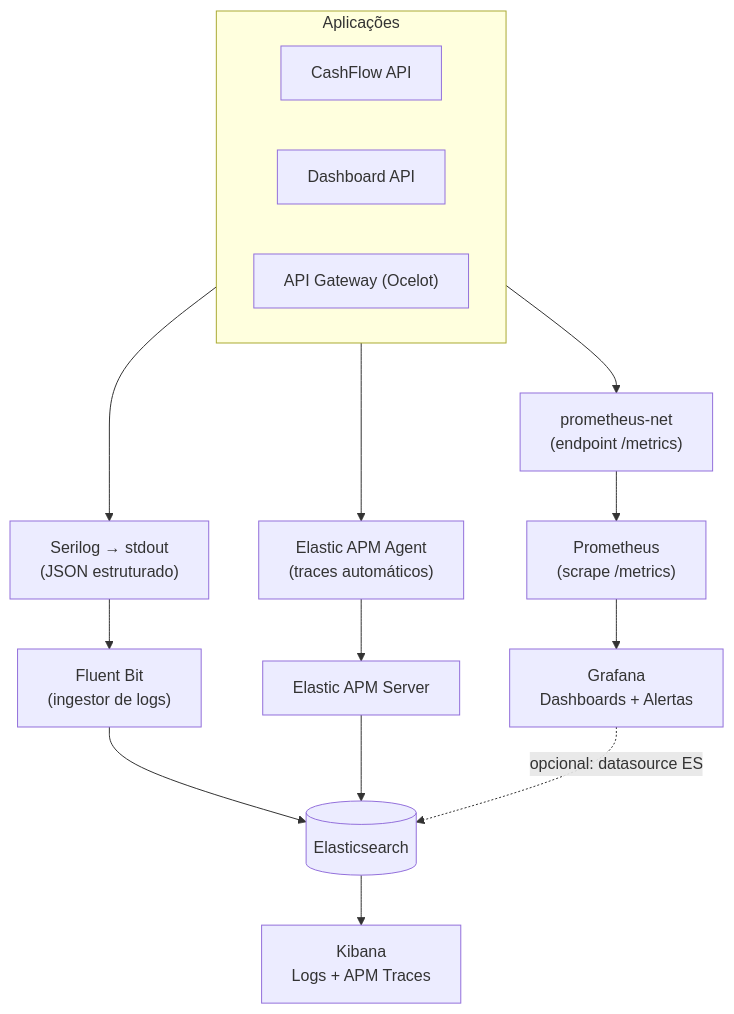
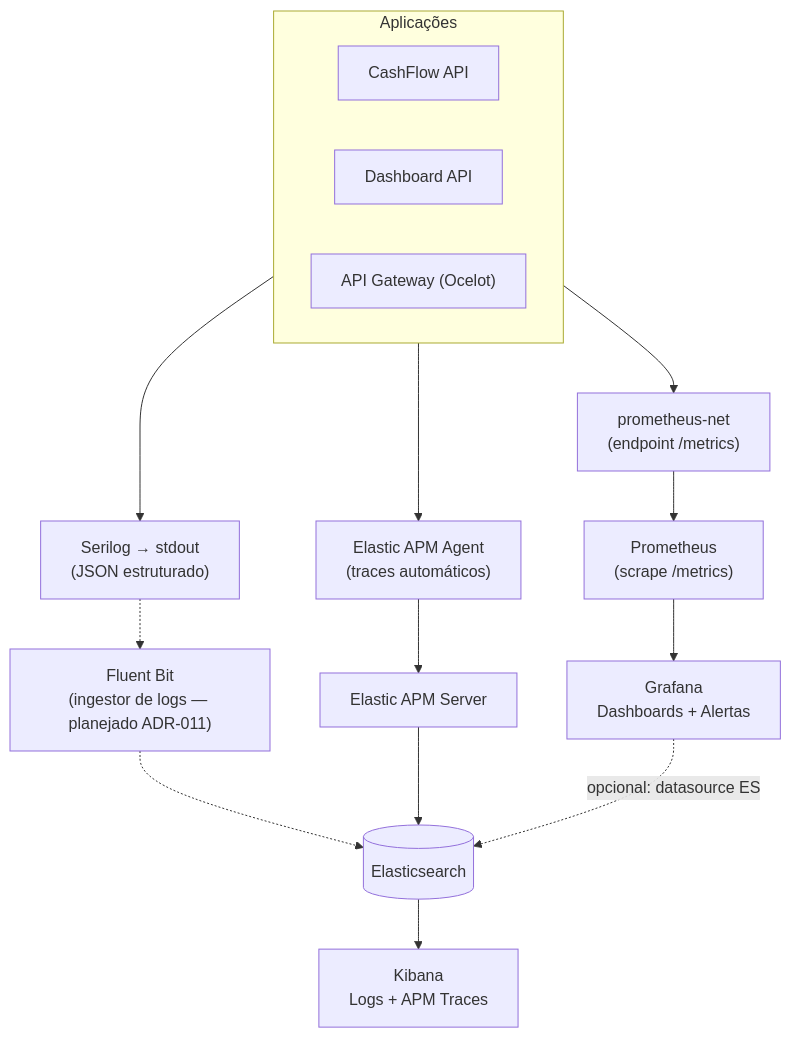
The diagram in docs/operations/diagrams/observability-overview.mmd (filipececcon/arch-challenge), drawn with Mermaid before and after one commit. The commit also changed 41 other files, not shown here.

```diff
--- a/docs/operations/diagrams/observability-overview.mmd
+++ b/docs/operations/diagrams/observability-overview.mmd
@@ -1,26 +1,26 @@
 %% Visão geral da observabilidade — três pilares: logs, traces, métricas
 %% Renderizar com qualquer visualizador Mermaid (GitHub, IDEs, export PNG/SVG)
 
 flowchart TB
     subgraph apps["Aplicações"]
         CF["CashFlow API"]
         DA["Dashboard API"]
         GW["API Gateway (Ocelot)"]
     end
 
     apps --> serilog["Serilog → stdout<br/>(JSON estruturado)"]
     apps --> apm_agent["Elastic APM Agent<br/>(traces automáticos)"]
     apps --> prom_net["prometheus-net<br/>(endpoint /metrics)"]
 
-    serilog --> fb["Fluent Bit<br/>(ingestor de logs)"]
-    fb --> es[("Elasticsearch")]
+    serilog -.-> fb["Fluent Bit<br/>(ingestor de logs — planejado ADR-011)"]
+    fb -.-> es[("Elasticsearch")]
 
     apm_agent --> apm_srv["Elastic APM Server"]
     apm_srv --> es
 
     prom_net --> prom["Prometheus<br/>(scrape /metrics)"]
     prom --> grafana["Grafana<br/>Dashboards + Alertas"]
 
     grafana -. "opcional: datasource ES" .-> es
 
     es --> kibana["Kibana<br/>Logs + APM Traces"]
```
